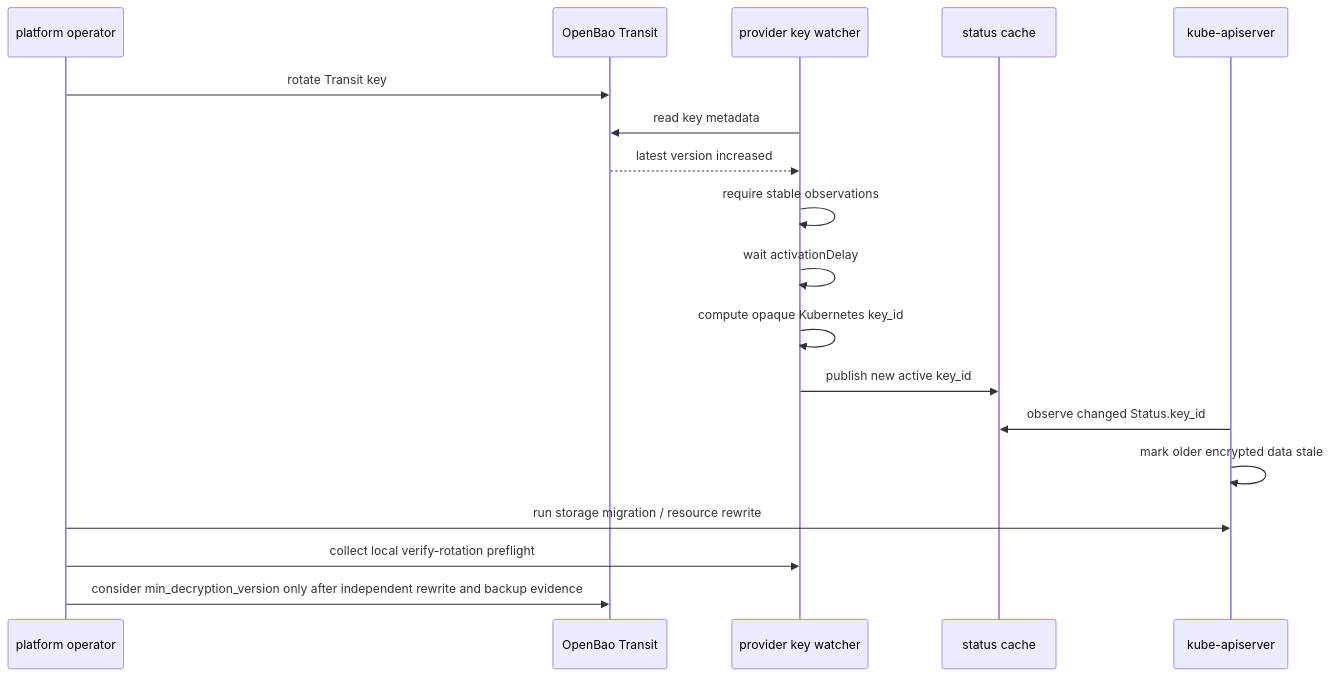
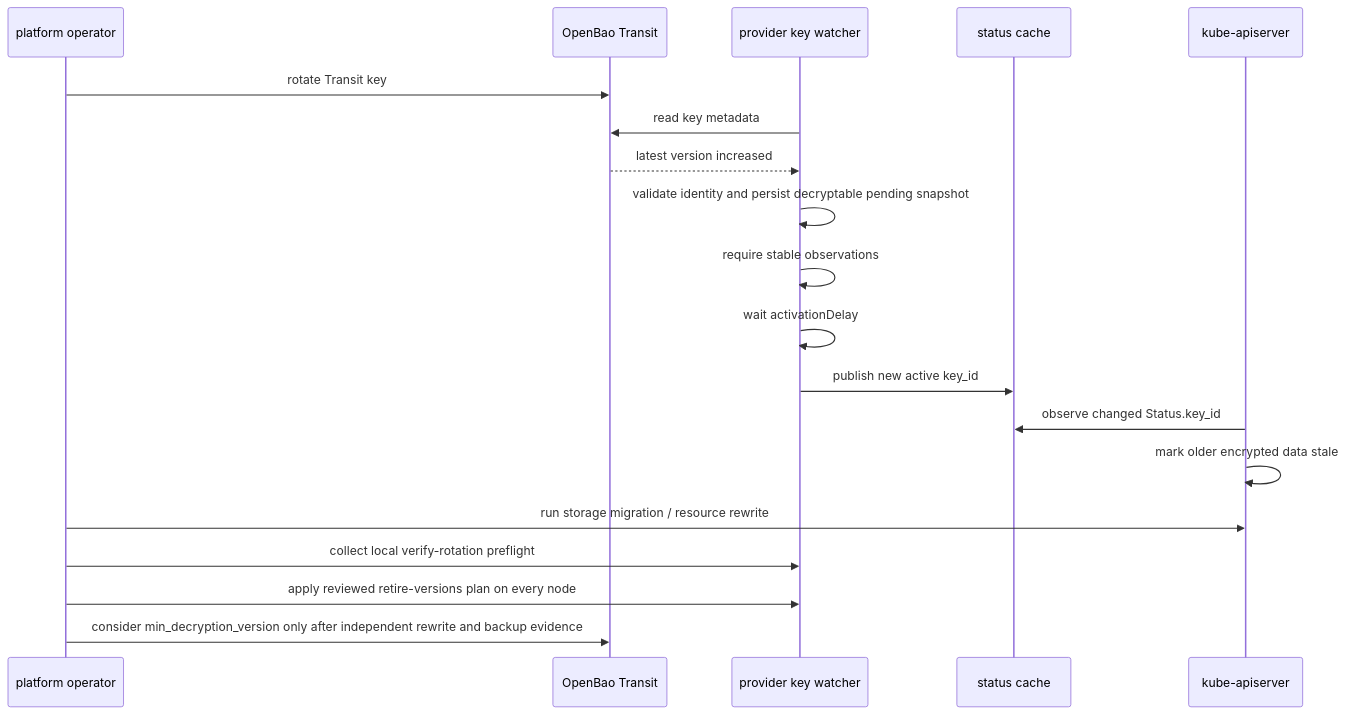
Before and after one commit to dc-tec/openbao-kubernetes-kms: the second of 2 diagrams in website/content-versions/0.1.x/docs/architecture/rotation-model.md, drawn with Mermaid. The commit also changed other lines of this file and 79 other files, not shown here.

````diff
--- a/website/content-versions/0.1.x/docs/architecture/rotation-model.md
+++ b/website/content-versions/0.1.x/docs/architecture/rotation-model.md
@@ -37,21 +37,22 @@
 ```mermaid
 sequenceDiagram
     participant Operator as platform operator
     participant Bao as OpenBao Transit
     participant Watcher as provider key watcher
     participant Status as status cache
     participant API as kube-apiserver
 
     Operator->>Bao: rotate Transit key
     Watcher->>Bao: read key metadata
     Bao-->>Watcher: latest version increased
+    Watcher->>Watcher: validate identity and persist decryptable pending snapshot
     Watcher->>Watcher: require stable observations
     Watcher->>Watcher: wait activationDelay
-    Watcher->>Watcher: compute opaque Kubernetes key_id
     Watcher->>Status: publish new active key_id
     API->>Status: observe changed Status.key_id
     API->>API: mark older encrypted data stale
     Operator->>API: run storage migration / resource rewrite
     Operator->>Watcher: collect local verify-rotation preflight
+    Operator->>Watcher: apply reviewed retire-versions plan on every node
     Operator->>Bao: consider min_decryption_version only after independent rewrite and backup evidence
 ```
````
